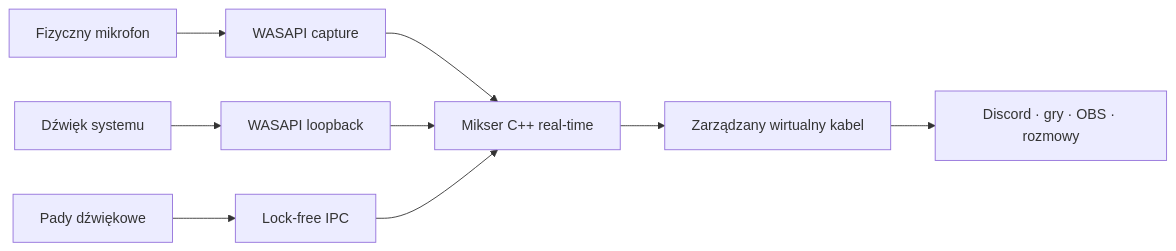
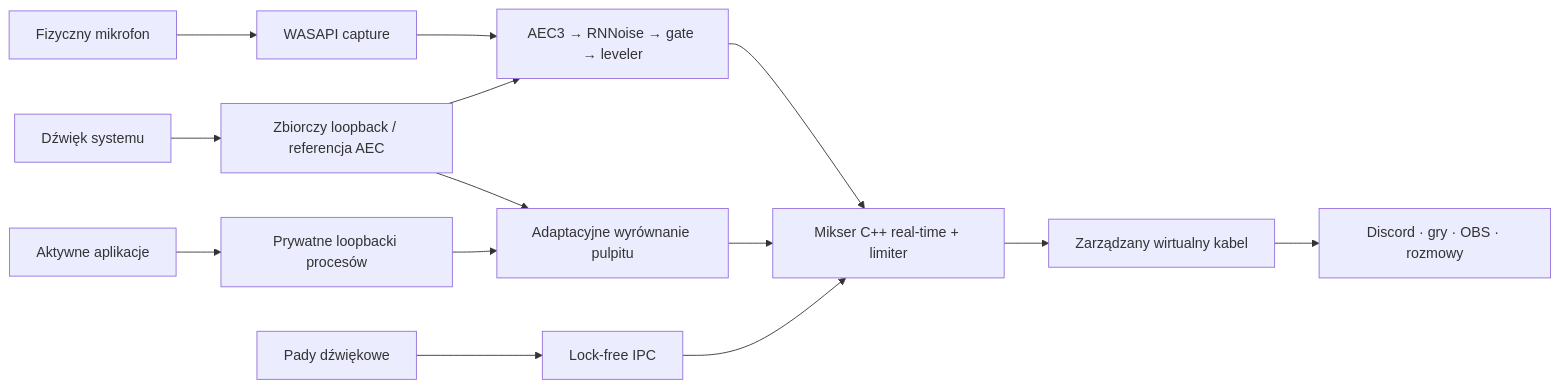
The diagram in README.pl.md (3godzinyL/MicDeck), drawn with Mermaid before and after one commit. The commit also changed other lines of this file and 8 other files, not shown here.

````diff
--- a/README.pl.md
+++ b/README.pl.md
@@ -106,11 +108,16 @@
 ```mermaid
 flowchart LR
   mic["Fizyczny mikrofon"] --> capture["WASAPI capture"]
-  desktop["Dźwięk systemu"] --> loopback["WASAPI loopback"]
+  desktop["Dźwięk systemu"] --> loopback["Zbiorczy loopback / referencja AEC"]
+  apps["Aktywne aplikacje"] --> process["Prywatne loopbacki procesów"]
   pads["Pady dźwiękowe"] --> ipc["Lock-free IPC"]
-  capture --> mixer["Mikser C++ real-time"]
-  loopback --> mixer
+  loopback --> dsp["AEC3 → RNNoise → gate → leveler"]
+  capture --> dsp
+  dsp --> mixer["Mikser C++ real-time + limiter"]
+  loopback --> desktopbus["Adaptacyjne wyrównanie pulpitu"]
+  process --> desktopbus
+  desktopbus --> mixer
   ipc --> mixer
   mixer --> cable["Zarządzany wirtualny kabel"]
   cable --> chat["Discord · gry · OBS · rozmowy"]
 ```
````
